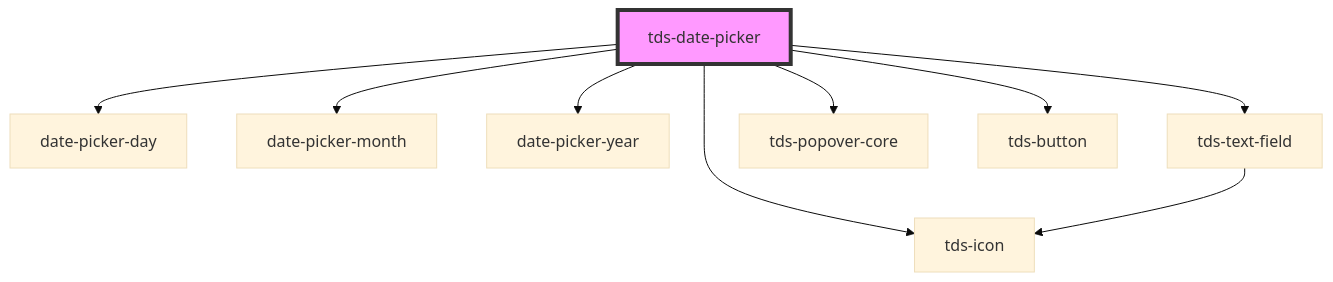
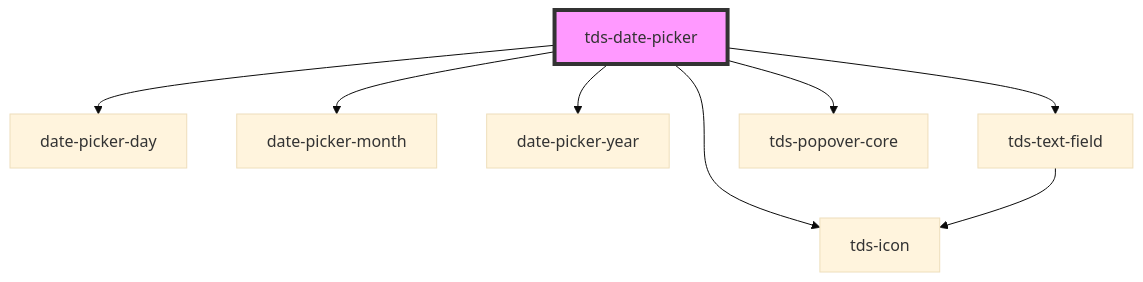
The diagram in packages/core/src/components/date-picker/readme.md (scania-digital-design-system/tegel), drawn with Mermaid (base theme) before and after one commit. The commit also changed other lines of this file and 3 other files, not shown here.

Commit message:
fix(date  picker): minor accessability improvement

````diff
--- a/packages/core/src/components/date-picker/readme.md
+++ b/packages/core/src/components/date-picker/readme.md
@@ -47,12 +46,11 @@
 ```mermaid
 graph TD;
   tds-date-picker --> date-picker-day
   tds-date-picker --> date-picker-month
   tds-date-picker --> date-picker-year
   tds-date-picker --> tds-text-field
   tds-date-picker --> tds-icon
   tds-date-picker --> tds-popover-core
-  tds-date-picker --> tds-button
   tds-text-field --> tds-icon
   style tds-date-picker fill:#f9f,stroke:#333,stroke-width:4px
 ```
````
